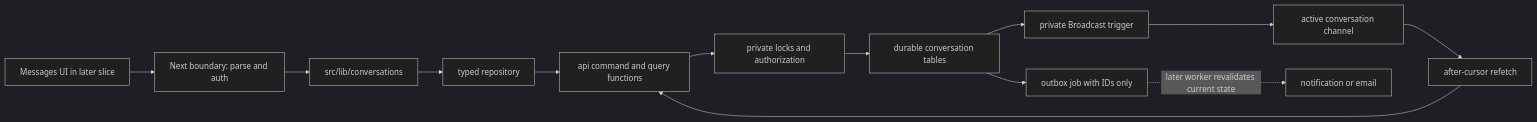
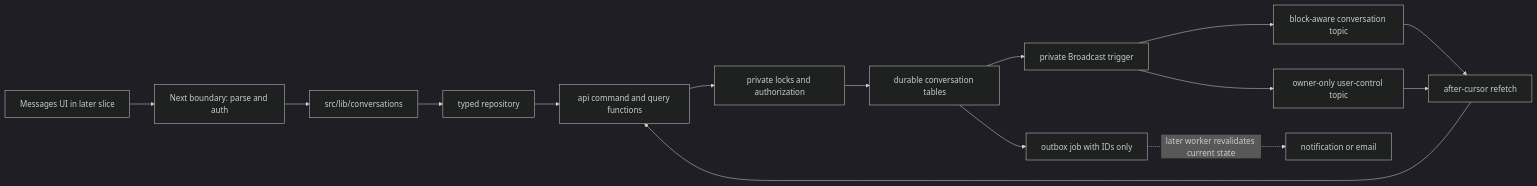
Before and after one commit to dwrlee8517/BridgeCircle: the diagram in docs/architecture/database-v2-conversation-plan.md, drawn with Mermaid (dark theme). The commit also changed other lines of this file and 35 other files, not shown here.

````diff
--- a/docs/architecture/database-v2-conversation-plan.md
+++ b/docs/architecture/database-v2-conversation-plan.md
@@ -173,15 +344,17 @@
 ```mermaid
 flowchart LR
   UI["Messages UI in later slice"] --> B["Next boundary: parse and auth"]
   B --> L["src/lib/conversations"]
   L --> R["typed repository"]
   R --> API["api command and query functions"]
   API --> P["private locks and authorization"]
   P --> DB["durable conversation tables"]
   DB --> O["outbox job with IDs only"]
   DB --> RT["private Broadcast trigger"]
-  RT --> C["active conversation channel"]
+  RT --> C["block-aware conversation topic"]
+  RT --> U["owner-only user-control topic"]
   C --> RF["after-cursor refetch"]
+  U --> RF
   RF --> API
   O -. "later worker revalidates current state" .-> N["notification or email"]
 ```
````
